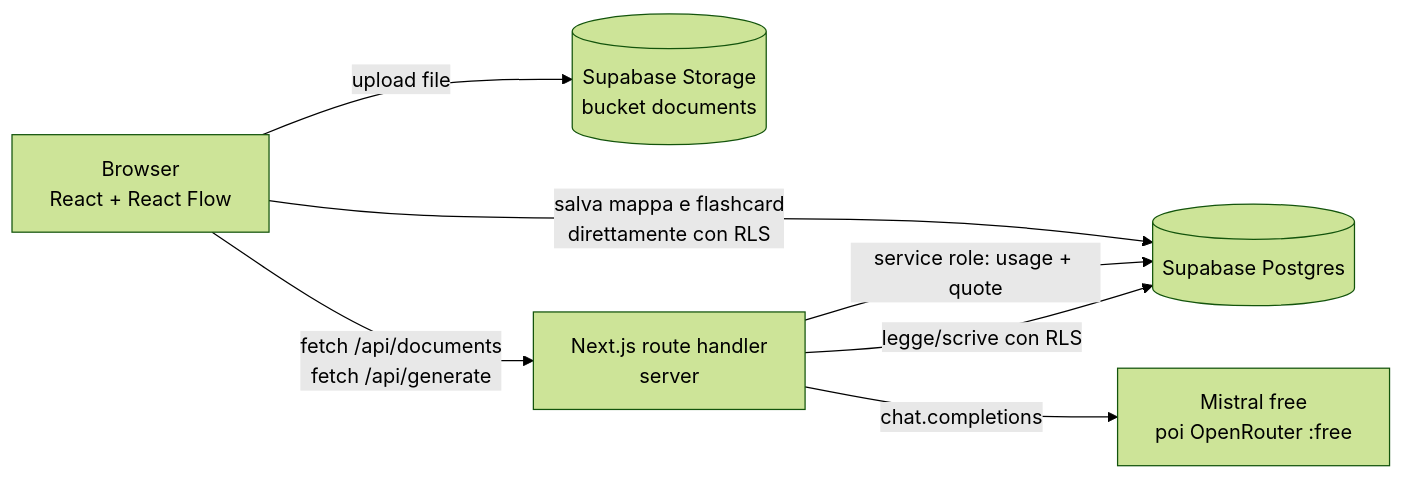
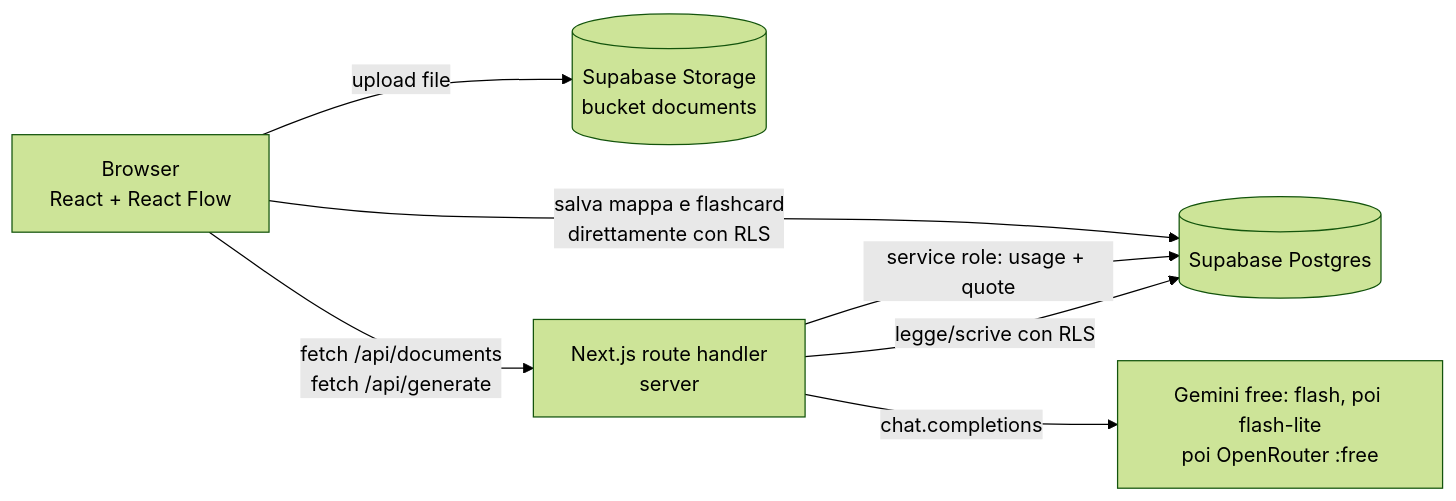
The first of 2 diagrams in MANUALE.md (DesireeReale/StudyMap), drawn with Mermaid (forest theme) before and after one commit. The commit also changed other lines of this file and 7 other files, not shown here.

Commit message:
Retry busy models with backoff, add Gemini Flash-Lite fallback, align docs and privacy text

````diff
--- a/MANUALE.md
+++ b/MANUALE.md
@@ -21,9 +21,9 @@
 ```mermaid
 flowchart LR
   B[Browser<br/>React + React Flow] -- upload file --> S[(Supabase Storage<br/>bucket documents)]
   B -- fetch /api/documents<br/>fetch /api/generate --> N[Next.js route handler<br/>server]
   N -- legge/scrive con RLS --> D[(Supabase Postgres)]
   N -- service role: usage + quote --> D
-  N -- chat.completions --> M[Mistral free<br/>poi OpenRouter :free]
+  N -- chat.completions --> M[Gemini free: flash, poi flash-lite<br/>poi OpenRouter :free]
   B -- salva mappa e flashcard<br/>direttamente con RLS --> D
 ```
````
